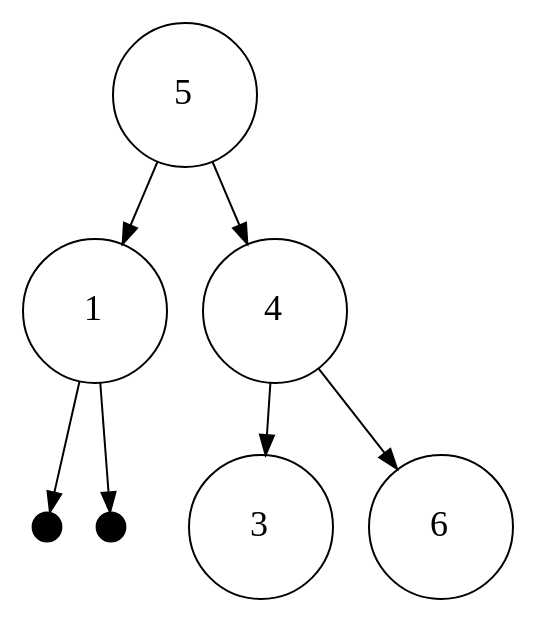
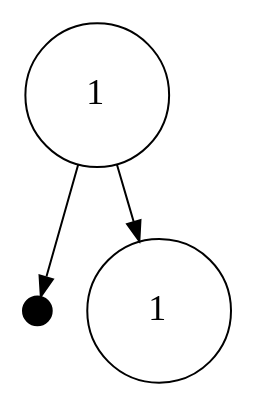
The diagram in algorithms/trees/Digraph.gv (mustafasencer/AlgorithmDataStructureWithGraphviz), drawn with Graphviz before and after one commit. The commit also changed 8 other files, not shown here.

```diff
--- a/algorithms/trees/Digraph.gv
+++ b/algorithms/trees/Digraph.gv
@@ -1,16 +1,8 @@
 digraph {
 	name="" rankdir=TB
-	1 [label=<<FONT POINT-SIZE="18" FACE="ubuntu">5</FONT><BR ALIGN="CENTER"/>> height=1 shape=circle width=1]
-	2 [label=<<FONT POINT-SIZE="18" FACE="ubuntu">1</FONT><BR ALIGN="CENTER"/>> height=1 shape=circle width=1]
-	3 [label=<<FONT POINT-SIZE="18" FACE="ubuntu">4</FONT><BR ALIGN="CENTER"/>> height=1 shape=circle width=1]
-	4 [label=<<FONT POINT-SIZE="18" FACE="ubuntu">null</FONT><BR ALIGN="CENTER"/>> height=.2 shape=point width=.2]
-	5 [label=<<FONT POINT-SIZE="18" FACE="ubuntu">null</FONT><BR ALIGN="CENTER"/>> height=.2 shape=point width=.2]
-	6 [label=<<FONT POINT-SIZE="18" FACE="ubuntu">3</FONT><BR ALIGN="CENTER"/>> height=1 shape=circle width=1]
-	7 [label=<<FONT POINT-SIZE="18" FACE="ubuntu">6</FONT><BR ALIGN="CENTER"/>> height=1 shape=circle width=1]
+	1 [label=<<FONT POINT-SIZE="18" FACE="ubuntu">1</FONT><BR ALIGN="CENTER"/>> height=1 shape=circle width=1]
+	2 [label=<<FONT POINT-SIZE="18" FACE="ubuntu">null</FONT><BR ALIGN="CENTER"/>> height=.2 shape=point width=.2]
+	3 [label=<<FONT POINT-SIZE="18" FACE="ubuntu">1</FONT><BR ALIGN="CENTER"/>> height=1 shape=circle width=1]
 	1 -> 2
 	1 -> 3
-	2 -> 4
-	2 -> 5
-	3 -> 6
-	3 -> 7
 }
```
